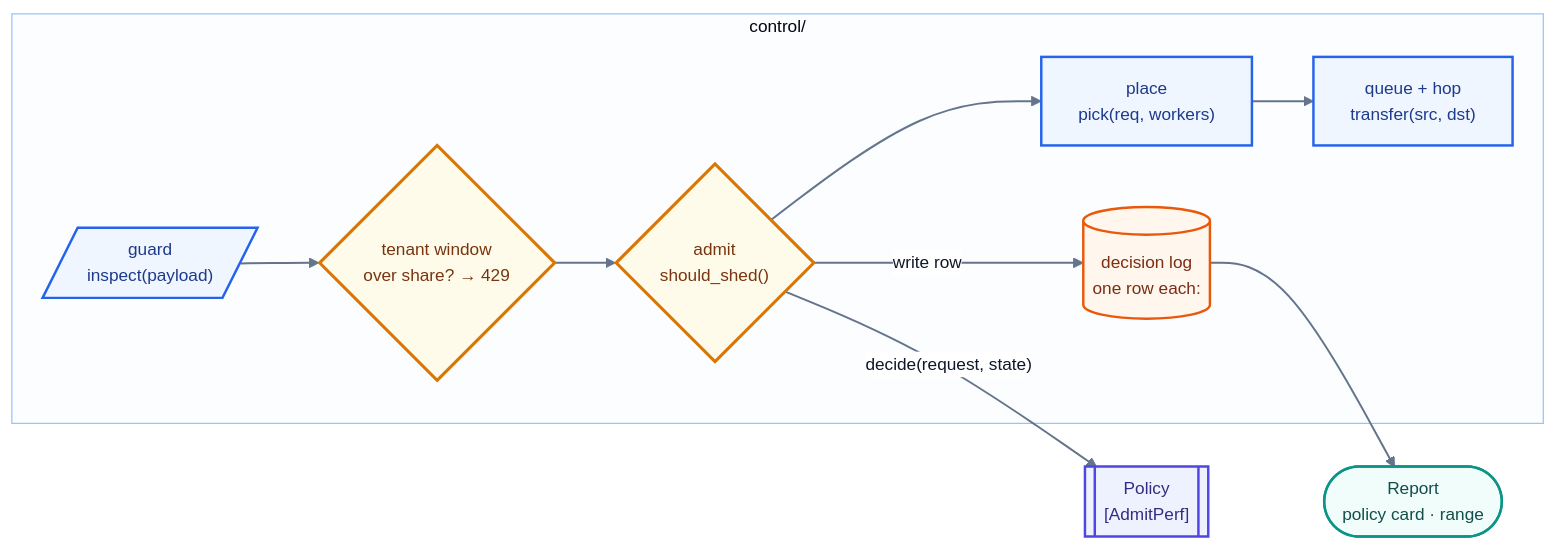
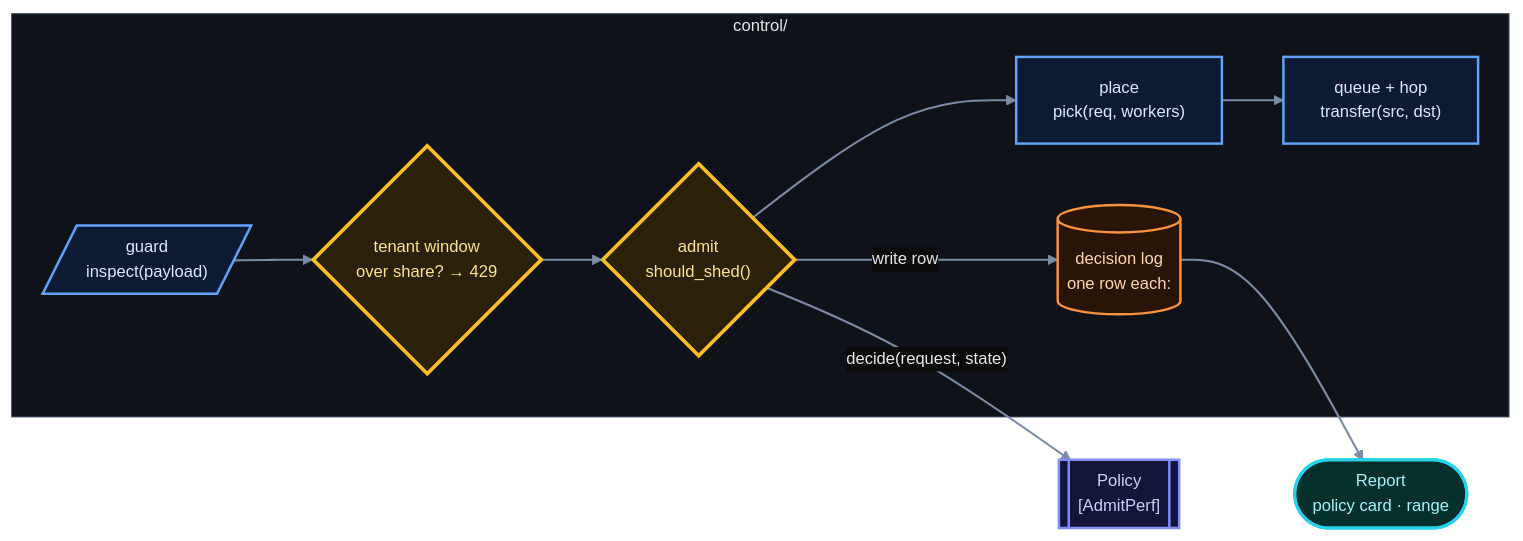
One commit to harshuljain13/Dodona changed the third of 3 diagrams in PROJECT.md. Above: the diagram before and after it, drawn with Mermaid. The commit also changed other lines of this file and 13 other files, not shown here.

First line of the commit message:
style: dark diagrams, matching the banner

````diff
--- a/PROJECT.md
+++ b/PROJECT.md
@@ -313,56 +315,57 @@
 ```mermaid
 %%{init: {'theme':'base','themeVariables':{
-  'fontFamily':'ui-sans-serif, -apple-system, Segoe UI, Inter, Helvetica, Arial, sans-serif','fontSize':'14px',
-  'primaryColor':'#eff6ff','primaryTextColor':'#0f172a','primaryBorderColor':'#2563eb',
-  'secondaryColor':'#f0fdf4','tertiaryColor':'#fffbeb',
-  'lineColor':'#64748b','textColor':'#1e293b',
-  'clusterBkg':'#fbfdff','clusterBorder':'#93c5fd',
-  'edgeLabelBackground':'#ffffff','nodeBorder':'#2563eb'
+  'darkMode':true,'background':'#0B0B0B',
+  'fontFamily':'Helvetica, Arial, sans-serif','fontSize':'13.5px',
+  'primaryColor':'#111827','primaryTextColor':'#E5E7EB','primaryBorderColor':'#475569',
+  'lineColor':'#7C8CA6','textColor':'#E5E7EB','titleColor':'#E5E7EB',
+  'clusterBkg':'#0F1218','clusterBorder':'#263142','edgeLabelBackground':'#0B0B0B'
 }}}%%
 flowchart LR
   subgraph GW["control/"]
     G[/"guard<br/>inspect(payload)"/]
     T{"tenant window<br/>over share? → 429"}
     A{"admit<br/>should_shed()"}
     P["place<br/>pick(req, workers)"]
     H["queue + hop<br/>transfer(src, dst)"]
     L[("decision log<br/>one row each:")]
     G --> T --> A --> P --> H
   end
 
   POL[["Policy<br/>[AdmitPerf]"]]
   REP(["Report<br/>policy card · range"])
 
   A -->|"decide(request, state)"| POL
   A -->|"write row"| L
   L --> REP
 
   class G,P,H primary
   class T,A decision
   class POL highlight
   class L data
   class REP success
 
-    classDef actor  fill:#fff1f2,stroke:#e11d48,stroke-width:2px,color:#881337
-    classDef input  fill:#fff1f2,stroke:#e11d48,stroke-width:2px,color:#881337
-    classDef ext    fill:#faf5ff,stroke:#9333ea,stroke-width:2px,color:#581c87
-    classDef accent fill:#faf5ff,stroke:#9333ea,stroke-width:2px,color:#581c87
-    classDef ours   fill:#eff6ff,stroke:#2563eb,stroke-width:2px,color:#1e3a8a
-    classDef primary fill:#eff6ff,stroke:#2563eb,stroke-width:2px,color:#1e3a8a
-    classDef alt    fill:#eff6ff,stroke:#2563eb,stroke-width:2px,color:#1e3a8a
-    classDef gate   fill:#fffbeb,stroke:#d97706,stroke-width:2.5px,color:#78350f
-    classDef decision fill:#fffbeb,stroke:#d97706,stroke-width:2.5px,color:#78350f
-    classDef engine fill:#f0fdf4,stroke:#16a34a,stroke-width:2px,color:#14532d
-    classDef secondary fill:#f0fdf4,stroke:#16a34a,stroke-width:2px,color:#14532d
-    classDef store  fill:#fff7ed,stroke:#ea580c,stroke-width:2px,color:#7c2d12
-    classDef data   fill:#fff7ed,stroke:#ea580c,stroke-width:2px,color:#7c2d12
-    classDef obs    fill:#f8fafc,stroke:#64748b,stroke-width:2px,color:#334155
-    classDef neutral fill:#f8fafc,stroke:#64748b,stroke-width:2px,color:#334155
-    classDef out    fill:#f0fdfa,stroke:#0d9488,stroke-width:2px,color:#134e4a
-    classDef success fill:#f0fdfa,stroke:#0d9488,stroke-width:2px,color:#134e4a
-    classDef highlight fill:#eef2ff,stroke:#4f46e5,stroke-width:2px,color:#312e81
-    classDef pick   fill:#dcfce7,stroke:#15803d,stroke-width:3px,color:#14532d
-    classDef dead   fill:#fef2f2,stroke:#dc2626,stroke-width:2px,color:#7f1d1d
-    classDef note   fill:#ffffff,stroke:#cbd5e1,stroke-width:1.5px,color:#475569
-    linkStyle default stroke:#64748b,stroke-width:1.6px
+    classDef actor    fill:#2B0F18,stroke:#FB7185,stroke-width:2px,color:#FECDD3
+    classDef input    fill:#2B0F18,stroke:#FB7185,stroke-width:2px,color:#FECDD3
+    classDef ext      fill:#1E1033,stroke:#C084FC,stroke-width:2px,color:#E9D5FF
+    classDef accent   fill:#1E1033,stroke:#C084FC,stroke-width:2px,color:#E9D5FF
+    classDef ours     fill:#0C1A33,stroke:#60A5FA,stroke-width:2px,color:#DBEAFE
+    classDef primary  fill:#0C1A33,stroke:#60A5FA,stroke-width:2px,color:#DBEAFE
+    classDef alt      fill:#0C1A33,stroke:#60A5FA,stroke-width:2px,color:#DBEAFE
+    classDef gate     fill:#2B2008,stroke:#FBBF24,stroke-width:3px,color:#FDE68A
+    classDef decision fill:#2B2008,stroke:#FBBF24,stroke-width:3px,color:#FDE68A
+    classDef engine   fill:#06220F,stroke:#4ADE80,stroke-width:2px,color:#BBF7D0
+    classDef secondary fill:#06220F,stroke:#4ADE80,stroke-width:2px,color:#BBF7D0
+    classDef store    fill:#2A1405,stroke:#FB923C,stroke-width:2px,color:#FED7AA
+    classDef data     fill:#2A1405,stroke:#FB923C,stroke-width:2px,color:#FED7AA
+    classDef lib      fill:#13163A,stroke:#818CF8,stroke-width:2px,color:#C7D2FE
+    classDef highlight fill:#13163A,stroke:#818CF8,stroke-width:2px,color:#C7D2FE
+    classDef obs      fill:#0F172A,stroke:#94A3B8,stroke-width:2px,color:#CBD5E1
+    classDef neutral  fill:#0F172A,stroke:#94A3B8,stroke-width:2px,color:#CBD5E1
+    classDef overflow fill:#2A0F2A,stroke:#E879F9,stroke-width:2px,color:#F5D0FE
+    classDef out      fill:#04302B,stroke:#22D3EE,stroke-width:2.5px,color:#A5F3FC
+    classDef success  fill:#04302B,stroke:#22D3EE,stroke-width:2.5px,color:#A5F3FC
+    classDef pick     fill:#06220F,stroke:#4ADE80,stroke-width:3px,color:#BBF7D0
+    classDef dead     fill:#2B0F18,stroke:#F87171,stroke-width:2px,color:#FECACA
+    classDef note     fill:#0F1218,stroke:#475569,stroke-width:1.5px,color:#9FB0C9
+    linkStyle default stroke:#7C8CA6,stroke-width:1.7px
 ```
````
